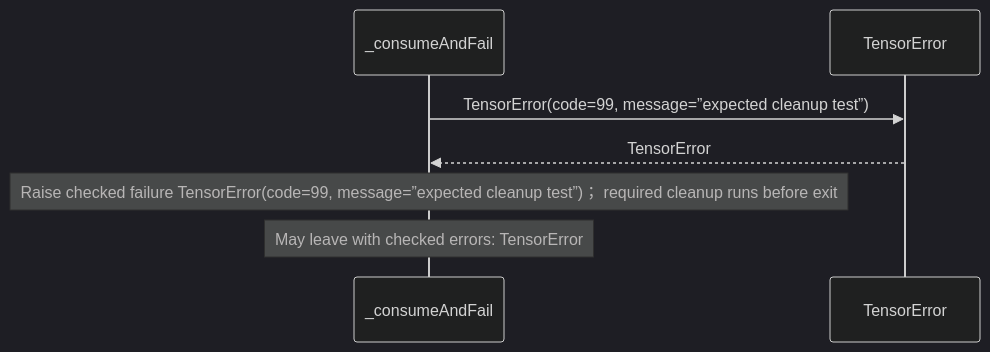
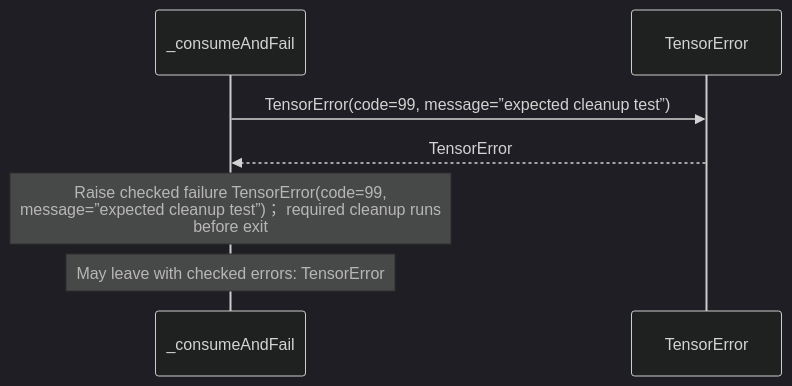
One commit to GreenPandaStudios/augscript changed the seventh of 8 diagrams in docs/examples/native-pytorch/dependencies/packages/@greenpandastudios/aug-pytorch/0.1.6/api-diagrams.md. Above: the diagram before and after it, drawn with Mermaid (dark theme). The commit also changed other lines of this file and 200 other files, not shown here.

Commit message:
Group imported operations and wrap readable sequence messages

````diff
--- a/docs/examples/native-pytorch/dependencies/packages/@greenpandastudios/aug-pytorch/0.1.6/api-diagrams.md
+++ b/docs/examples/native-pytorch/dependencies/packages/@greenpandastudios/aug-pytorch/0.1.6/api-diagrams.md
@@ -193,9 +193,9 @@
 ```mermaid
 sequenceDiagram
     participant p0 as _consumeAndFail
     participant p1 as TensorError
     p0->>p1: TensorError(code=99, message=”expected cleanup test”)
     p1-->>p0: TensorError
-    Note over p0: Raise checked failure TensorError(code=99, message=”expected cleanup test”)； required cleanup runs before exit
+    Note over p0: Raise checked failure TensorError(code=99,<br/>message=”expected cleanup test”)； required cleanup runs<br/>before exit
     Note over p0: May leave with checked errors: TensorError
 ```
````
